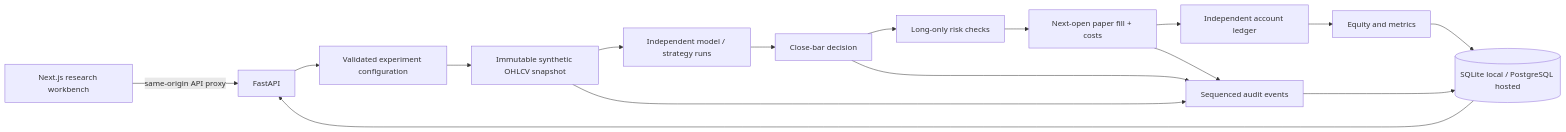
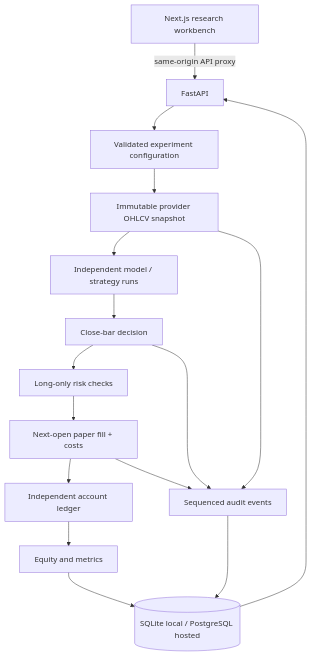
The diagram in docs/architecture.md (kdeng4/parallax-lab), drawn with Mermaid before and after one commit. The commit also changed other lines of this file and 31 other files, not shown here.

````diff
--- a/docs/architecture.md
+++ b/docs/architecture.md
@@ -7,18 +8,18 @@
 ```mermaid
-flowchart LR
+flowchart TD
     UI[Next.js research workbench] -->|same-origin API proxy| API[FastAPI]
     API --> EXP[Validated experiment configuration]
-    EXP --> DATA[Immutable synthetic OHLCV snapshot]
+    EXP --> DATA[Immutable provider OHLCV snapshot]
     DATA --> A[Independent model / strategy runs]
     A --> SIG[Close-bar decision]
     SIG --> RISK[Long-only risk checks]
     RISK --> FILL[Next-open paper fill + costs]
     FILL --> LEDGER[Independent account ledger]
     LEDGER --> METRICS[Equity and metrics]
     DATA --> AUDIT[Sequenced audit events]
     SIG --> AUDIT
     FILL --> AUDIT
     METRICS --> DB[(SQLite local / PostgreSQL hosted)]
     AUDIT --> DB
     DB --> API
 ```
````
